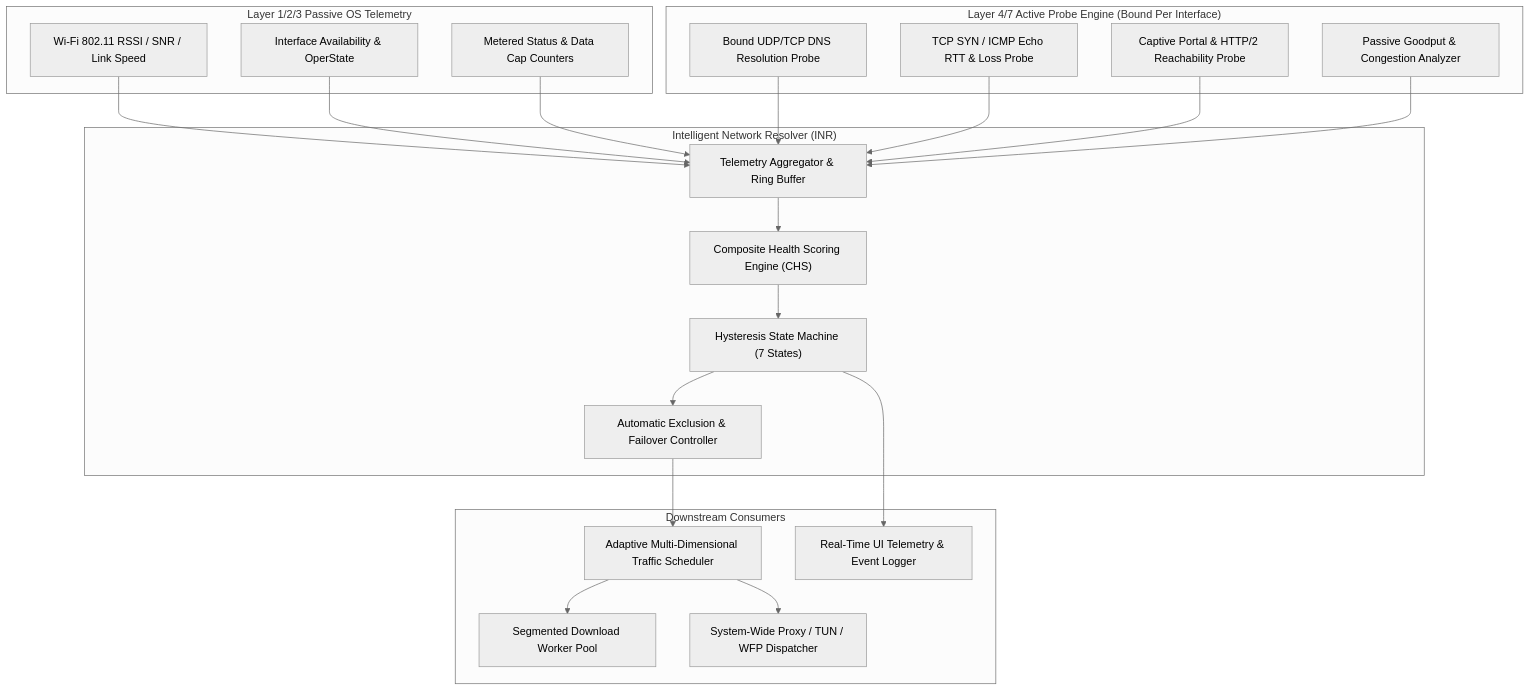
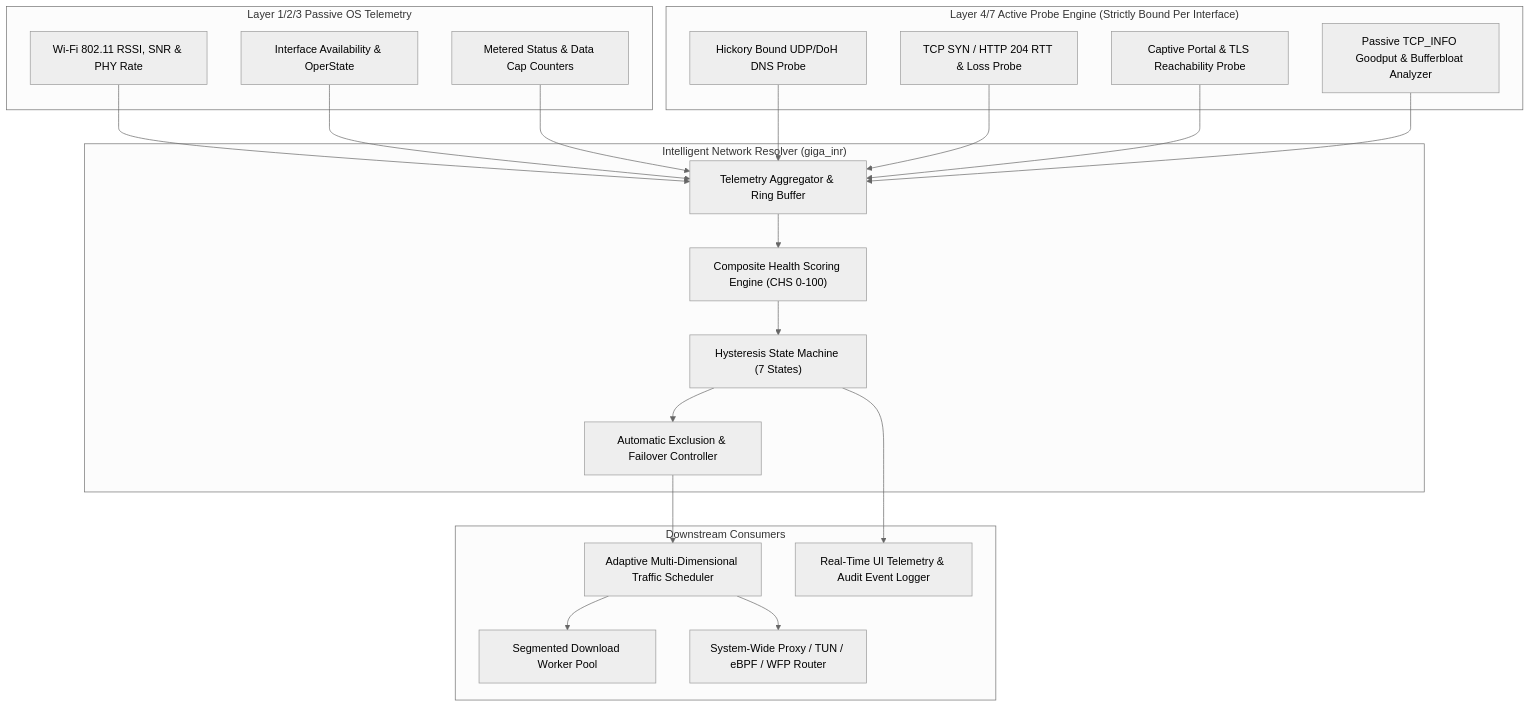
One commit to cubicreates/WifiGigaChad420 changed the tenth of 14 diagrams in Docs/WiFi_GigaChad_420_Plan.md. Above: the diagram before and after it, drawn with Mermaid (neutral theme). The commit also changed other lines of this file and 4 other files, not shown here.

````diff
--- a/Docs/WiFi_GigaChad_420_Plan.md
+++ b/Docs/WiFi_GigaChad_420_Plan.md
@@ -1657,46 +1731,46 @@
 ```mermaid
-graph TD
+flowchart TD
     subgraph OS_Telemetry ["Layer 1/2/3 Passive OS Telemetry"]
-        L1["Wi-Fi 802.11 RSSI / SNR / Link Speed"]
+        L1["Wi-Fi 802.11 RSSI, SNR & PHY Rate"]
         L2["Interface Availability & OperState"]
         L3["Metered Status & Data Cap Counters"]
     end
 
-    subgraph Active_Probes ["Layer 4/7 Active Probe Engine (Bound Per Interface)"]
-        DNS_P["Bound UDP/TCP DNS Resolution Probe"]
-        ICMP_P["TCP SYN / ICMP Echo RTT & Loss Probe"]
-        HTTP_P["Captive Portal & HTTP/2 Reachability Probe"]
-        BW_P["Passive Goodput & Congestion Analyzer"]
+    subgraph Active_Probes ["Layer 4/7 Active Probe Engine (Strictly Bound Per Interface)"]
+        DNS_P["Hickory Bound UDP/DoH DNS Probe"]
+        ICMP_P["TCP SYN / HTTP 204 RTT & Loss Probe"]
+        HTTP_P["Captive Portal & TLS Reachability Probe"]
+        BW_P["Passive TCP_INFO Goodput & Bufferbloat Analyzer"]
     end
 
-    subgraph INR_Core ["Intelligent Network Resolver (INR)"]
+    subgraph INR_Core ["Intelligent Network Resolver (giga_inr)"]
         Collector["Telemetry Aggregator & Ring Buffer"]
-        Scorer["Composite Health Scoring Engine (CHS)"]
+        Scorer["Composite Health Scoring Engine (CHS 0-100)"]
         FSM["Hysteresis State Machine (7 States)"]
         Exclusion["Automatic Exclusion & Failover Controller"]
     end
 
     subgraph Consumers ["Downstream Consumers"]
         Scheduler["Adaptive Multi-Dimensional Traffic Scheduler"]
         ChunkEngine["Segmented Download Worker Pool"]
-        SysRouter["System-Wide Proxy / TUN / WFP Dispatcher"]
-        UI_Diag["Real-Time UI Telemetry & Event Logger"]
+        SysRouter["System-Wide Proxy / TUN / eBPF / WFP Router"]
+        UI_Diag["Real-Time UI Telemetry & Audit Event Logger"]
     end
 
     L1 --> Collector
     L2 --> Collector
     L3 --> Collector
     DNS_P --> Collector
     ICMP_P --> Collector
     HTTP_P --> Collector
     BW_P --> Collector
 
     Collector --> Scorer
     Scorer --> FSM
     FSM --> Exclusion
 
     Exclusion --> Scheduler
     Scheduler --> ChunkEngine
     Scheduler --> SysRouter
     FSM --> UI_Diag
 ```
````
